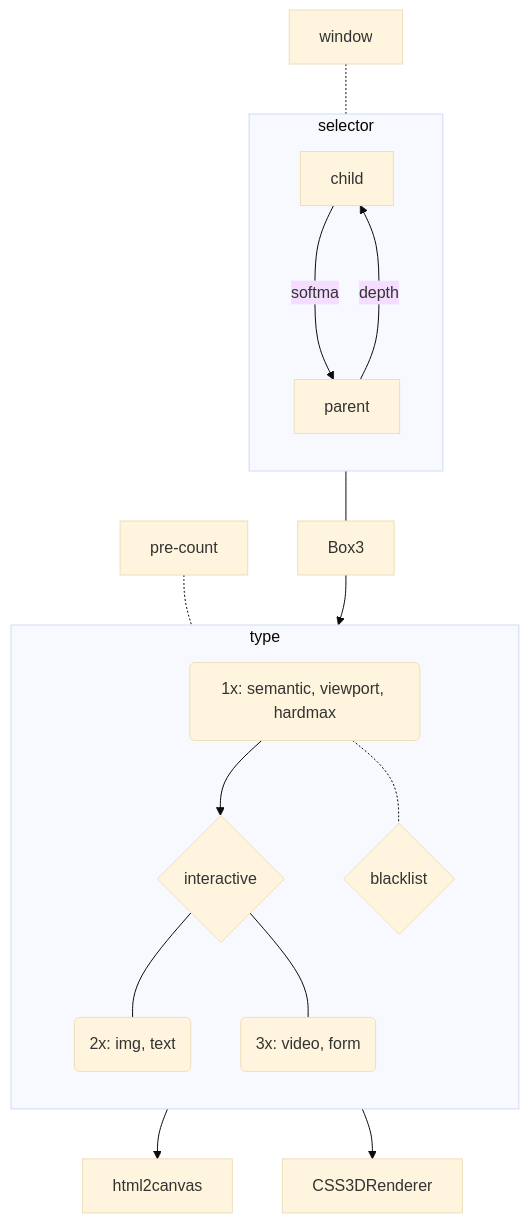
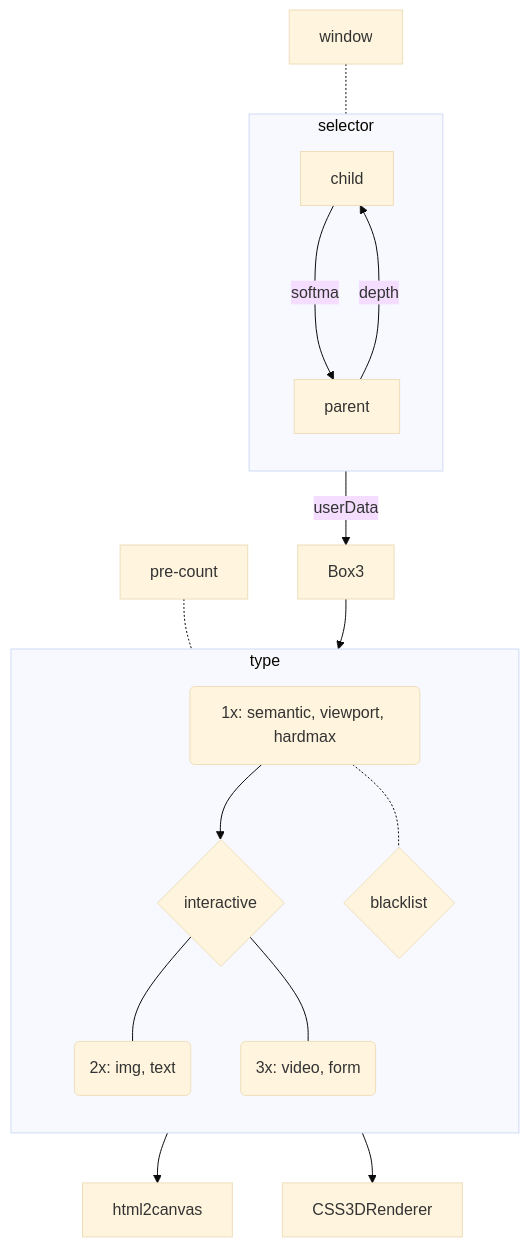
The diagram in README.md (KurtPachinger/mpos-precept), drawn with Mermaid (base theme) before and after one commit.

````diff
--- a/README.md
+++ b/README.md
@@ -5,28 +5,30 @@
 ```mermaid
 flowchart TB
 
 window-.-selector
 subgraph selector
  direction TB
  child--softmax-->parent
  parent--depth-->child
 end
 
+
 pre-count-.-b
-selector---Box3-->a
+selector--userData-->Box3-->a
+
 
 
 subgraph type
   direction TB
 
   a("1x: semantic, viewport, hardmax")
   a-.-tag{blacklist}
   a-->b{interactive}
   b---canvas("2x: img, text")
   b---css3d("3x: video, form")
 
 end
 
 canvas-->html2canvas
 css3d-->CSS3DRenderer
 ```
````
